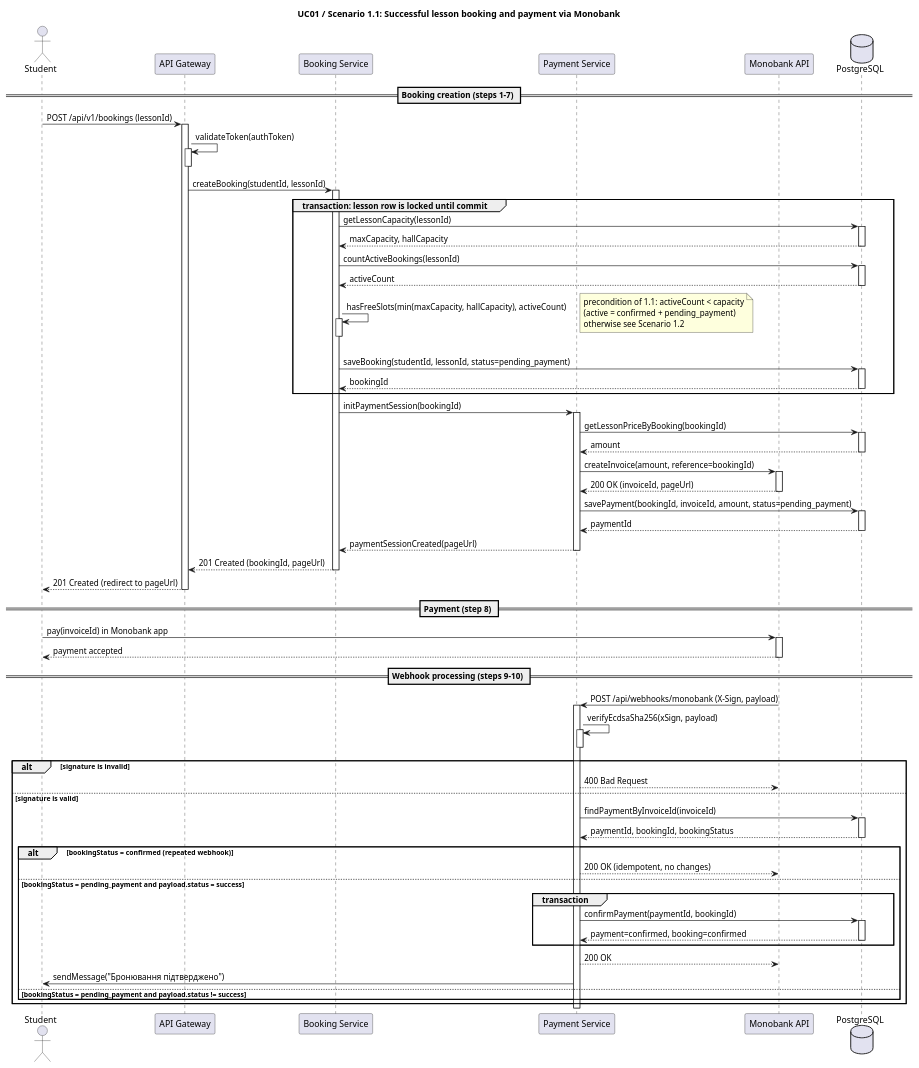
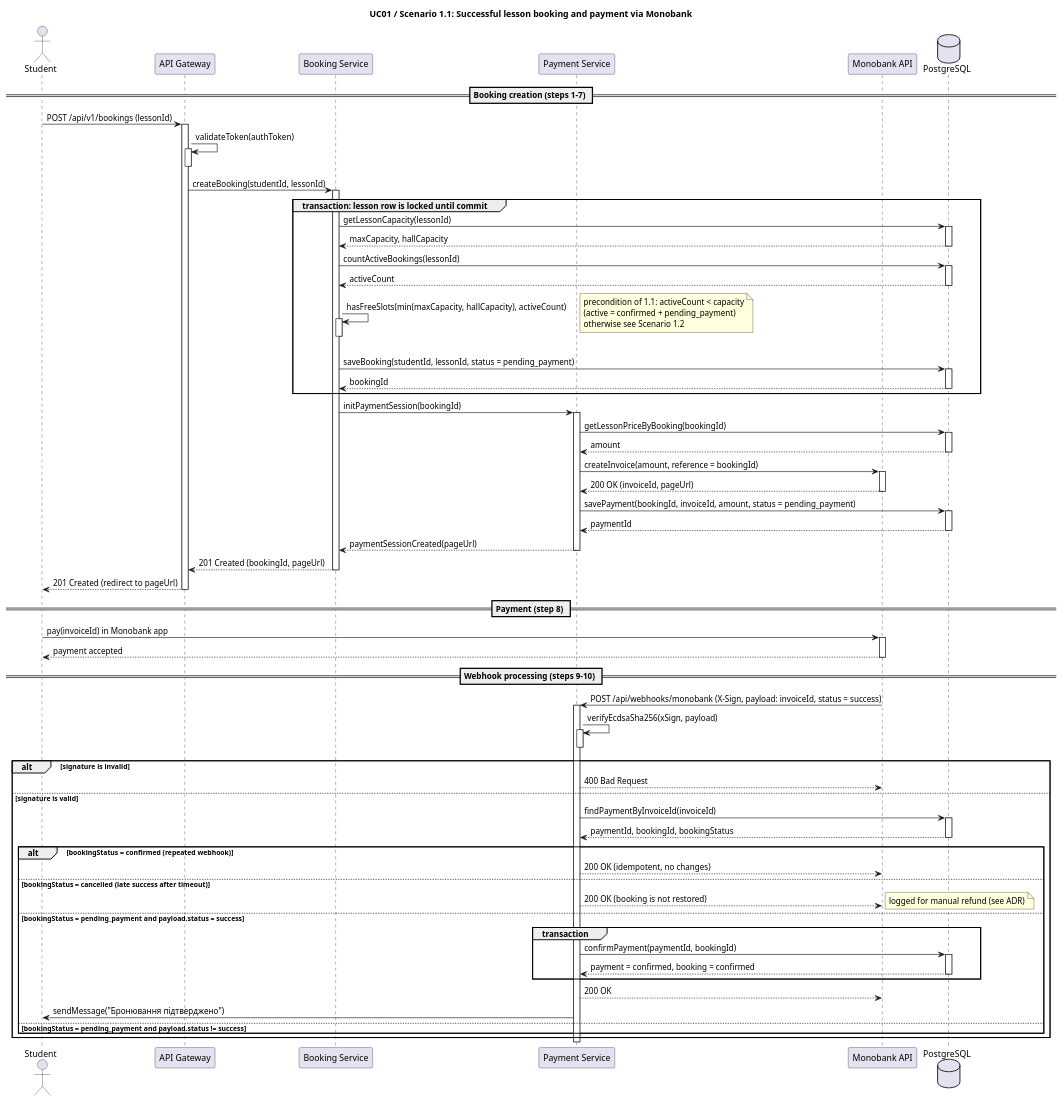
One commit to prashchukdanylo-stack/software-requirements-modeling-and-analysis changed the diagram in lab3/1.1.puml. Above: the diagram before and after it, drawn with PlantUML. The commit also changed 3 other files, not shown here.

Commit message:
made some changes in first 3 diagrams, redone 1.4 diagram

```diff
--- a/lab3/1.1.puml
+++ b/lab3/1.1.puml
@@ -1,114 +1,116 @@
 @startuml
 title UC01 / Scenario 1.1: Successful lesson booking and payment via Monobank
 
 actor "Student" as Student
 participant "API Gateway" as Gateway
 participant "Booking Service" as BookingService
 participant "Payment Service" as PaymentService
 participant "Monobank API" as MonobankAPI
 database "PostgreSQL" as DB
 
 == Booking creation (steps 1-7) ==
 
 Student -> Gateway: POST /api/v1/bookings (lessonId)
 activate Gateway
 
 Gateway -> Gateway: validateToken(authToken)
 activate Gateway
 deactivate Gateway
 
 Gateway -> BookingService: createBooking(studentId, lessonId)
 activate BookingService
 
 group transaction: lesson row is locked until commit
     BookingService -> DB: getLessonCapacity(lessonId)
     activate DB
     DB --> BookingService: maxCapacity, hallCapacity
     deactivate DB
 
     BookingService -> DB: countActiveBookings(lessonId)
     activate DB
     DB --> BookingService: activeCount
     deactivate DB
 
     BookingService -> BookingService: hasFreeSlots(min(maxCapacity, hallCapacity), activeCount)
     activate BookingService
     deactivate BookingService
     note right: precondition of 1.1: activeCount < capacity\n(active = confirmed + pending_payment)\notherwise see Scenario 1.2
 
-    BookingService -> DB: saveBooking(studentId, lessonId, status=pending_payment)
+    BookingService -> DB: saveBooking(studentId, lessonId, status = pending_payment)
     activate DB
     DB --> BookingService: bookingId
     deactivate DB
 end
 
 BookingService -> PaymentService: initPaymentSession(bookingId)
 activate PaymentService
 
 PaymentService -> DB: getLessonPriceByBooking(bookingId)
 activate DB
 DB --> PaymentService: amount
 deactivate DB
 
-PaymentService -> MonobankAPI: createInvoice(amount, reference=bookingId)
+PaymentService -> MonobankAPI: createInvoice(amount, reference = bookingId)
 activate MonobankAPI
 MonobankAPI --> PaymentService: 200 OK (invoiceId, pageUrl)
 deactivate MonobankAPI
 
-PaymentService -> DB: savePayment(bookingId, invoiceId, amount, status=pending_payment)
+PaymentService -> DB: savePayment(bookingId, invoiceId, amount, status = pending_payment)
 activate DB
 DB --> PaymentService: paymentId
 deactivate DB
 
 PaymentService --> BookingService: paymentSessionCreated(pageUrl)
 deactivate PaymentService
 
 BookingService --> Gateway: 201 Created (bookingId, pageUrl)
 deactivate BookingService
 
 Gateway --> Student: 201 Created (redirect to pageUrl)
 deactivate Gateway
 
 == Payment (step 8) ==
 
 Student -> MonobankAPI: pay(invoiceId) in Monobank app
 activate MonobankAPI
 MonobankAPI --> Student: payment accepted
 deactivate MonobankAPI
 
 == Webhook processing (steps 9-10) ==
 
-MonobankAPI -> PaymentService: POST /api/webhooks/monobank (X-Sign, payload)
+MonobankAPI -> PaymentService: POST /api/webhooks/monobank (X-Sign, payload: invoiceId, status = success)
 activate PaymentService
 
 PaymentService -> PaymentService: verifyEcdsaSha256(xSign, payload)
 activate PaymentService
 deactivate PaymentService
 
 alt signature is invalid
     PaymentService --> MonobankAPI: 400 Bad Request
 else signature is valid
     PaymentService -> DB: findPaymentByInvoiceId(invoiceId)
     activate DB
     DB --> PaymentService: paymentId, bookingId, bookingStatus
     deactivate DB
 
     alt bookingStatus = confirmed (repeated webhook)
         PaymentService --> MonobankAPI: 200 OK (idempotent, no changes)
+    else bookingStatus = cancelled (late success after timeout)
+        PaymentService --> MonobankAPI: 200 OK (booking is not restored)
+        note right: logged for manual refund (see ADR)
     else bookingStatus = pending_payment and payload.status = success
         group transaction
             PaymentService -> DB: confirmPayment(paymentId, bookingId)
             activate DB
-            DB --> PaymentService: payment=confirmed, booking=confirmed
+            DB --> PaymentService: payment = confirmed, booking = confirmed
             deactivate DB
         end
         PaymentService --> MonobankAPI: 200 OK
         PaymentService -> Student: sendMessage("Бронювання підтверджено")
-
-        else bookingStatus = pending_payment and payload.status != success
-        note right: see Scenario 1.3
+    else bookingStatus = pending_payment and payload.status != success
+        note right: other statuses (err_declined): see Scenario 1.3
     end
 end
 
 deactivate PaymentService
 @enduml
```
